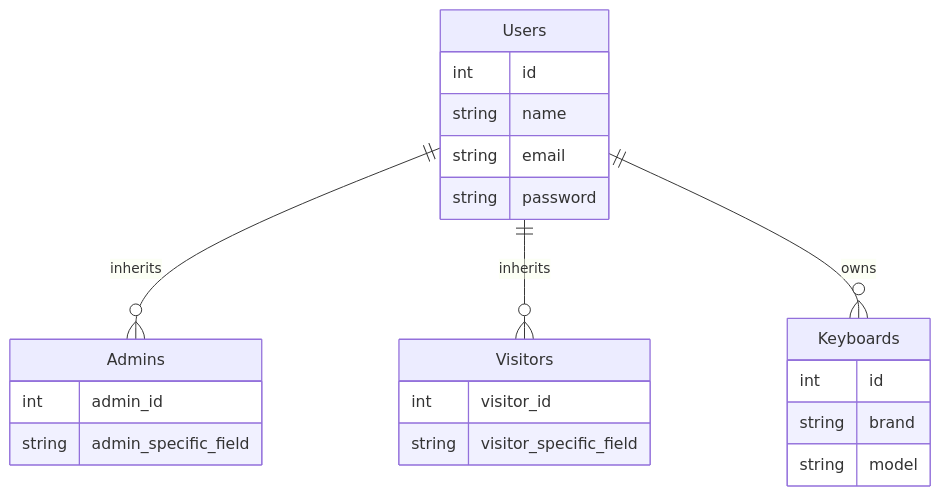
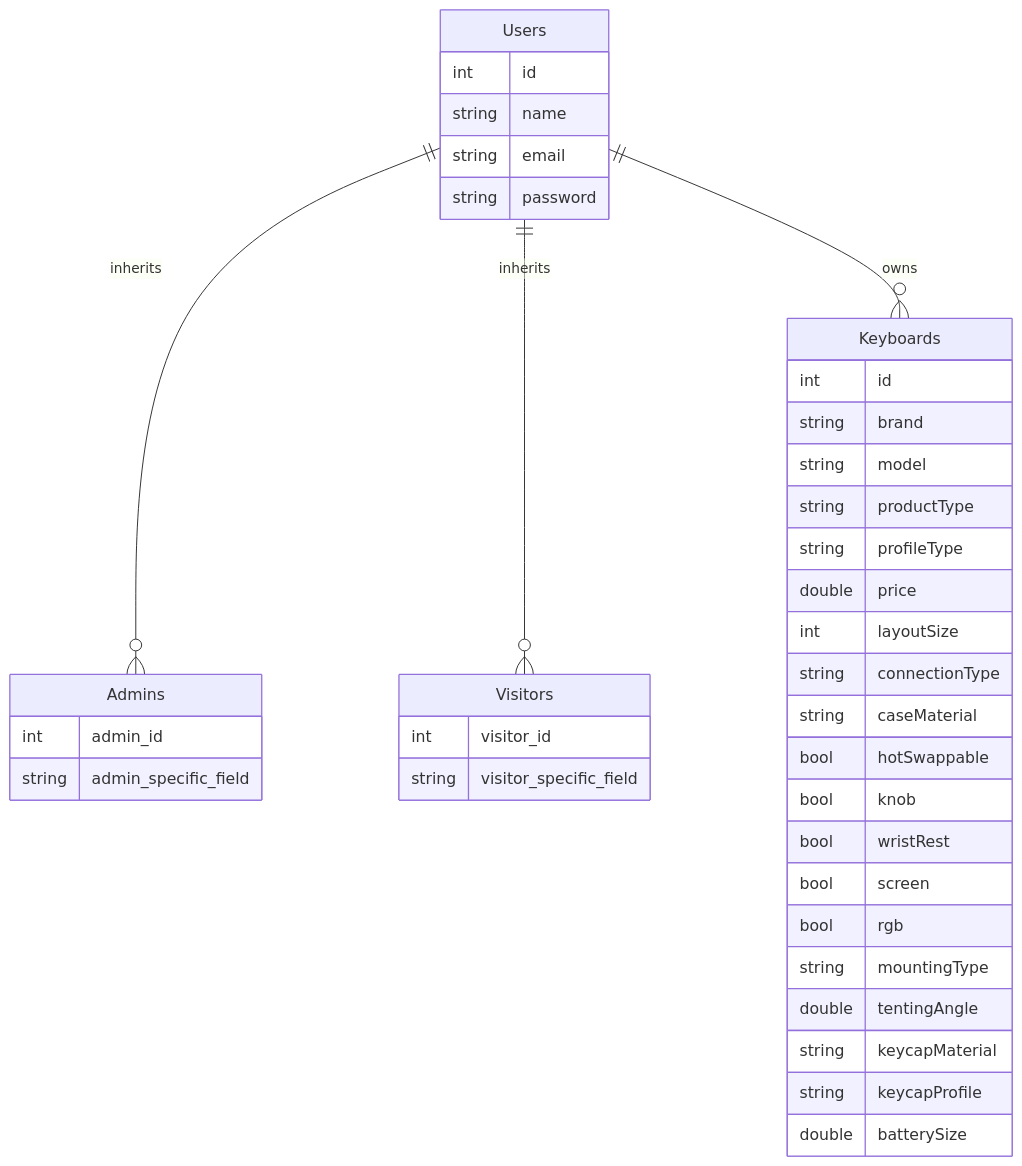
Before and after one commit to GaafarDev/PC-Copilot-: the diagram in README.md, drawn with Mermaid. The commit also changed other lines of this file, not shown here.

Commit message:
Added keyboard table ER Diagram

````diff
--- a/README.md
+++ b/README.md
@@ -5,25 +5,42 @@
 ```mermaid
 erDiagram
     Users ||--o{ Admins : "inherits"
     Users ||--o{ Visitors : "inherits"
     Users {
         int id
         string name
         string email
         string password
     }
     Admins {
         int admin_id
         string admin_specific_field
     }
     Visitors {
         int visitor_id
         string visitor_specific_field
     }
-    Keyboards {
+   Keyboards {
         int id
         string brand
         string model
+        string productType
+        string profileType
+        double price
+        int layoutSize
+        string connectionType
+        string caseMaterial
+        bool hotSwappable
+        bool knob
+        bool wristRest
+        bool screen
+        bool rgb
+        string mountingType
+        double tentingAngle
+        string keycapMaterial
+        string keycapProfile
+        double batterySize
+        
     }
     Users ||--o{ Keyboards : "owns"
 ```
````
